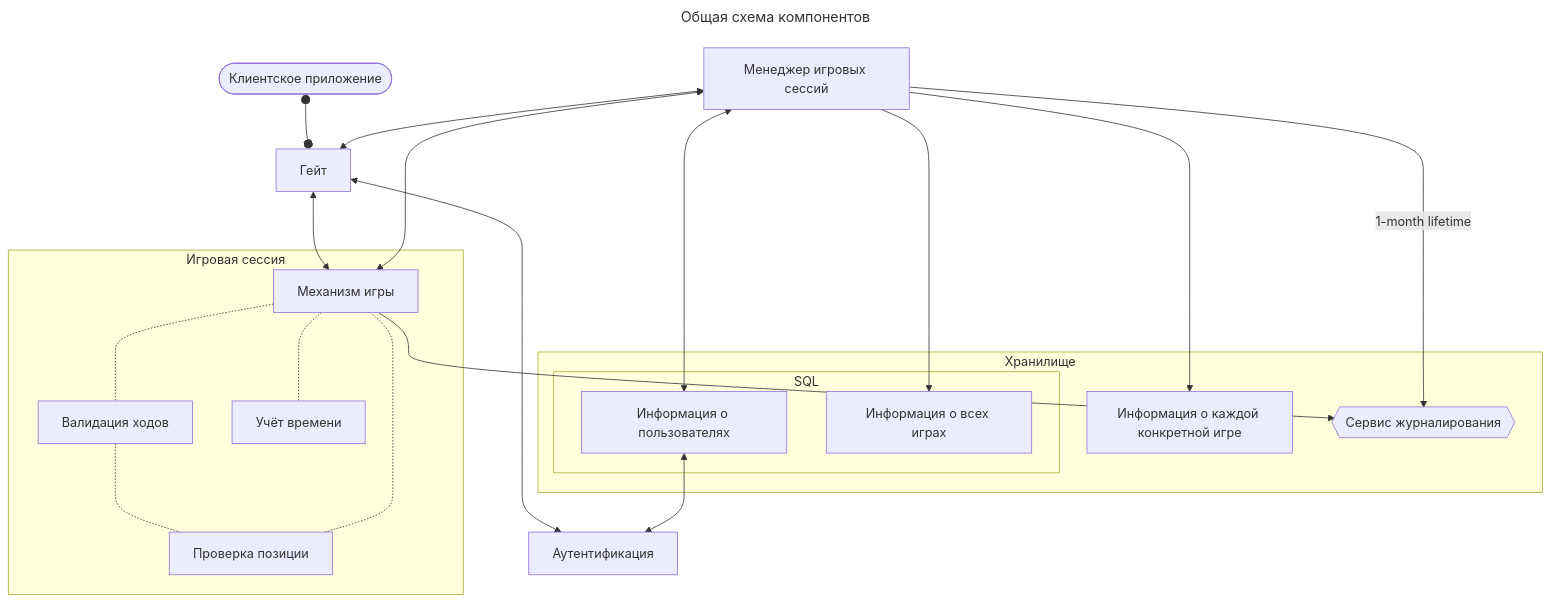
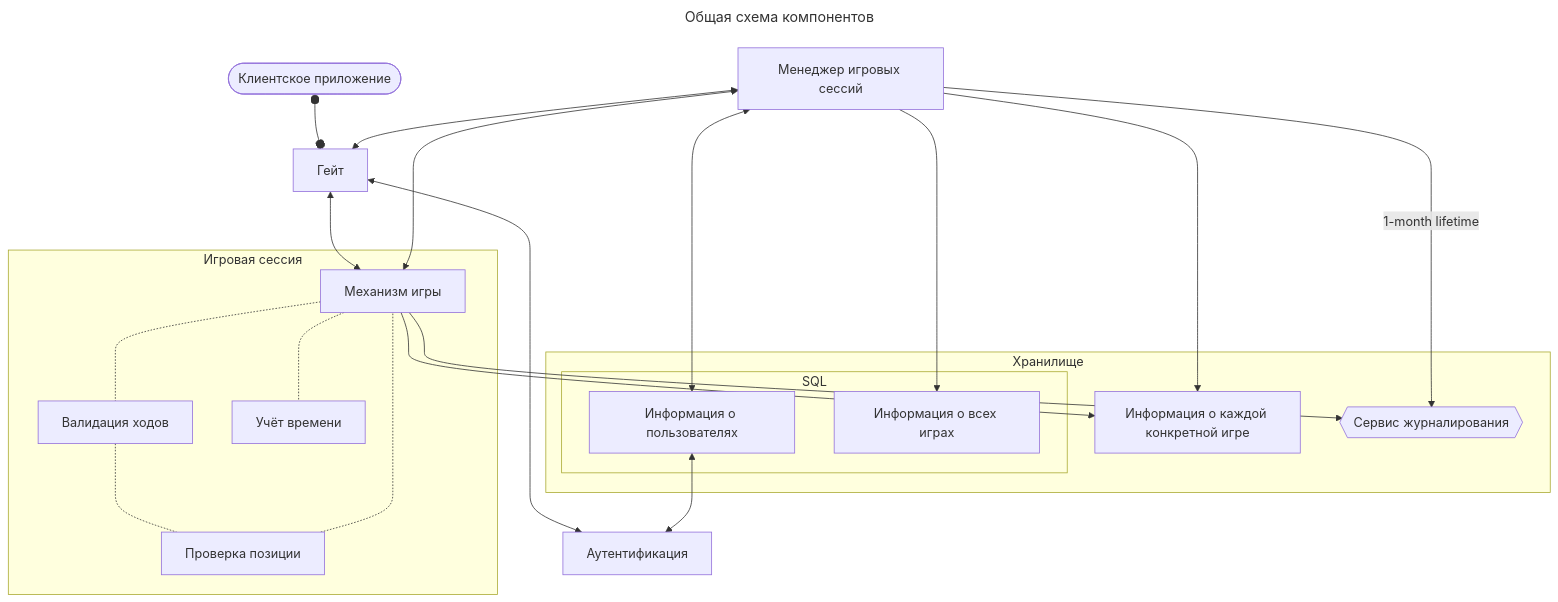
The diagram in docs/arch.md (sadmadrus/chessBox), drawn with Mermaid before and after one commit.

Commit message:
added Game --> GameDetail

````diff
--- a/docs/arch.md
+++ b/docs/arch.md
@@ -4,34 +4,35 @@
 ```mermaid
 ---
 title: Общая схема компонентов
 ---
 flowchart TD
     Client([Клиентское приложение])
     Gate[Гейт]
     Auth[Аутентификация]
     GS[Менеджер игровых сессий]
     subgraph ChessGame[Игровая сессия]
         Game[Механизм игры]
         MoveValidator[Валидация ходов]
         Position[Проверка позиции]
         Timing[Учёт времени]
         Game -.- Timing
         Game -.- MoveValidator -.- Position -.- Game
     end
     subgraph Repository[Хранилище]
         subgraph SQL[SQL]
             User[Информация о пользователях]
             GamesInfo[Информация о всех играх]
         end
         GameDetail[Информация о каждой конкретной игре]
         Logs{{Сервис журналирования}}
     end
     Client o--o Gate <--> Auth 
     GS <--> Gate
     GS <--> User <--> Auth
     GS -- 1-month lifetime --> Logs
     Gate <--> Game --> Logs
     GS <--> Game
     GS --> GamesInfo
     GS --> GameDetail
+    Game --> GameDetail
 ```
````
